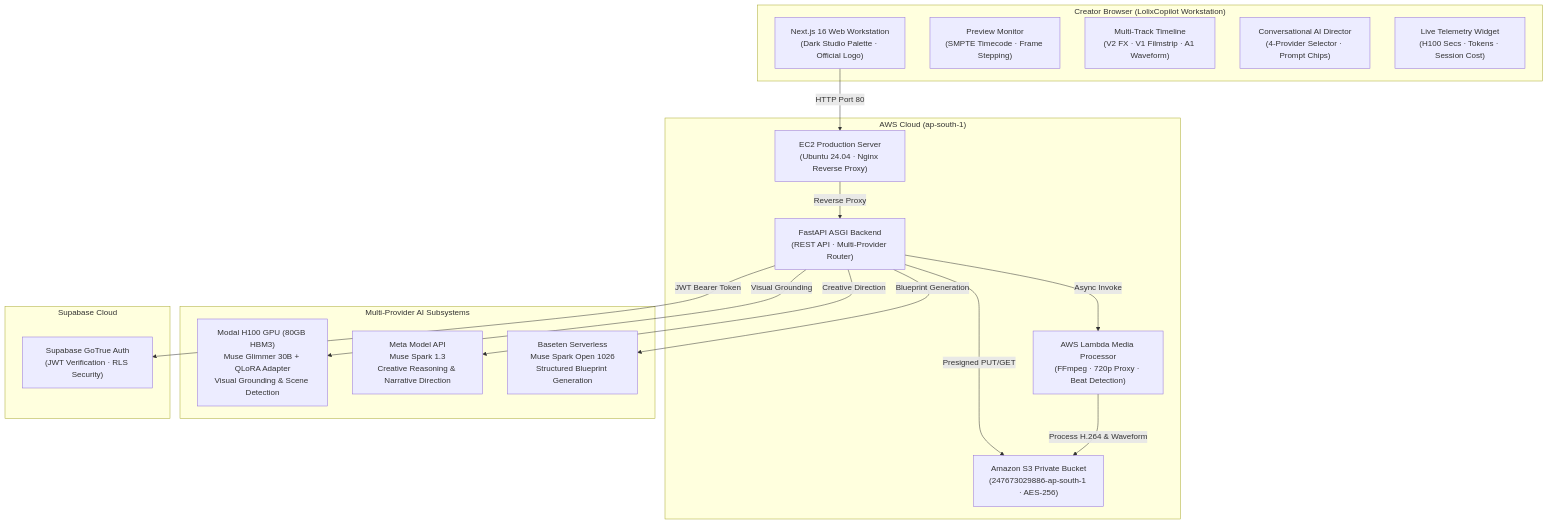
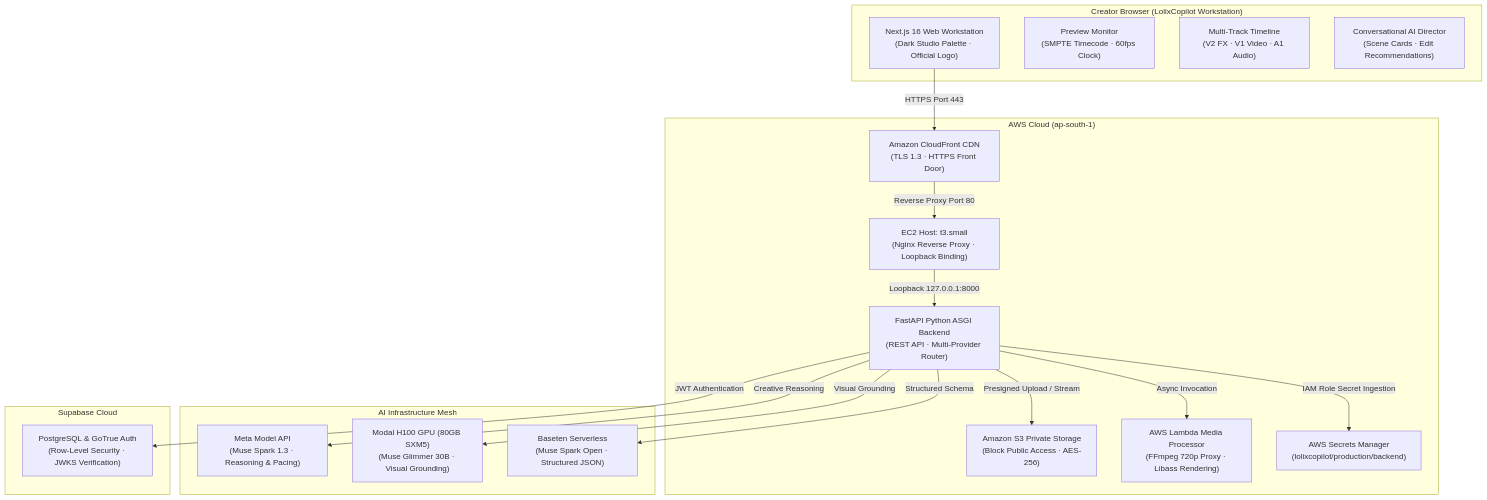
One commit to GolixcoAI/lolixco-pilot changed the diagram in README.md. Above: the diagram before and after it, drawn with Mermaid. The commit also changed other lines of this file and 21 other files, not shown here.

````diff
--- a/README.md
+++ b/README.md
@@ -67,37 +151,39 @@
 ```mermaid
 flowchart TD
     subgraph Client["Creator Browser (LolixCopilot Workstation)"]
         UI["Next.js 16 Web Workstation\n(Dark Studio Palette · Official Logo)"]
-        Monitor["Preview Monitor\n(SMPTE Timecode · Frame Stepping)"]
-        Timeline["Multi-Track Timeline\n(V2 FX · V1 Filmstrip · A1 Waveform)"]
-        AIDirector["Conversational AI Director\n(4-Provider Selector · Prompt Chips)"]
-        Telemetry["Live Telemetry Widget\n(H100 Secs · Tokens · Session Cost)"]
+        Monitor["Preview Monitor\n(SMPTE Timecode · 60fps Clock)"]
+        Timeline["Multi-Track Timeline\n(V2 FX · V1 Video · A1 Audio)"]
+        Director["Conversational AI Director\n(Scene Cards · Edit Recommendations)"]
     end
 
     subgraph AWS["AWS Cloud (ap-south-1)"]
-        EC2["EC2 Production Server\n(Ubuntu 24.04 · Nginx Reverse Proxy)"]
-        FastAPI["FastAPI ASGI Backend\n(REST API · Multi-Provider Router)"]
-        S3["Amazon S3 Private Bucket\n(247673029886-ap-south-1 · AES-256)"]
-        Lambda["AWS Lambda Media Processor\n(FFmpeg · 720p Proxy · Beat Detection)"]
+        CF["Amazon CloudFront CDN\n(TLS 1.3 · HTTPS Front Door)"]
+        EC2["EC2 Host: t3.small\n(Nginx Reverse Proxy · Loopback Binding)"]
+        API["FastAPI Python ASGI Backend\n(REST API · Multi-Provider Router)"]
+        S3["Amazon S3 Private Storage\n(Block Public Access · AES-256)"]
+        Lambda["AWS Lambda Media Processor\n(FFmpeg 720p Proxy · Libass Rendering)"]
+        SM["AWS Secrets Manager\n(lolixcopilot/production/backend)"]
     end
 
-    subgraph AIProviders["Multi-Provider AI Subsystems"]
-        ModalGPU["Modal H100 GPU (80GB HBM3)\nMuse Glimmer 30B + QLoRA Adapter\nVisual Grounding & Scene Detection"]
-        MetaAPI["Meta Model API\nMuse Spark 1.3\nCreative Reasoning & Narrative Direction"]
-        BasetenAPI["Baseten Serverless\nMuse Spark Open 1026\nStructured Blueprint Generation"]
+    subgraph AI["AI Infrastructure Mesh"]
+        MetaAPI["Meta Model API\n(Muse Spark 1.3 · Reasoning & Pacing)"]
+        ModalGPU["Modal H100 GPU (80GB SXM5)\n(Muse Glimmer 30B · Visual Grounding)"]
+        BasetenAPI["Baseten Serverless\n(Muse Spark Open · Structured JSON)"]
     end
 
-    subgraph Auth["Supabase Cloud"]
-        SupaAuth["Supabase GoTrue Auth\n(JWT Verification · RLS Security)"]
+    subgraph DB["Supabase Cloud"]
+        AuthDB["PostgreSQL & GoTrue Auth\n(Row-Level Security · JWKS Verification)"]
     end
 
-    UI -->|HTTP Port 80| EC2
-    EC2 -->|Reverse Proxy| FastAPI
-    FastAPI -->|Presigned PUT/GET| S3
-    FastAPI -->|Async Invoke| Lambda
-    FastAPI -->|JWT Bearer Token| SupaAuth
-    FastAPI -->|Visual Grounding| ModalGPU
-    FastAPI -->|Creative Direction| MetaAPI
-    FastAPI -->|Blueprint Generation| BasetenAPI
-    Lambda -->|Process H.264 & Waveform| S3
+    UI -->|HTTPS Port 443| CF
+    CF -->|Reverse Proxy Port 80| EC2
+    EC2 -->|Loopback 127.0.0.1:8000| API
+    API -->|IAM Role Secret Ingestion| SM
+    API -->|Presigned Upload / Stream| S3
+    API -->|Async Invocation| Lambda
+    API -->|JWT Authentication| AuthDB
+    API -->|Creative Reasoning| MetaAPI
+    API -->|Visual Grounding| ModalGPU
+    API -->|Structured Schema| BasetenAPI
 ```
````
